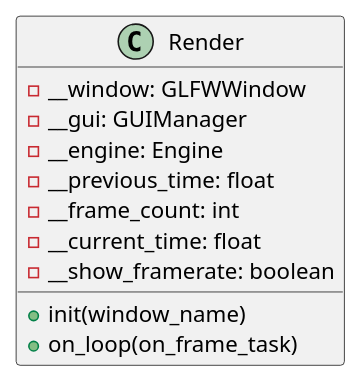
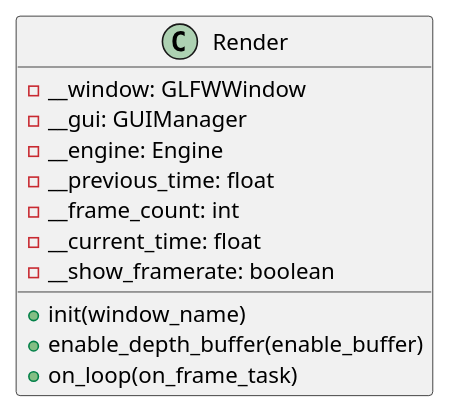
Before and after one commit to ferpoble2/Relief_Creator: the diagram in docs/classes/Render.puml, drawn with PlantUML.

Commit message:
Updated doccs.

```diff
--- a/docs/classes/Render.puml
+++ b/docs/classes/Render.puml
@@ -1,14 +1,15 @@
 @startuml
 class Render {
     - __window: GLFWWindow
     - __gui: GUIManager
     - __engine: Engine
     - __previous_time: float
     - __frame_count: int
     - __current_time: float
     - __show_framerate: boolean
 
     + init(window_name)
+    + enable_depth_buffer(enable_buffer)
     + on_loop(on_frame_task)
 }
 @enduml
```
